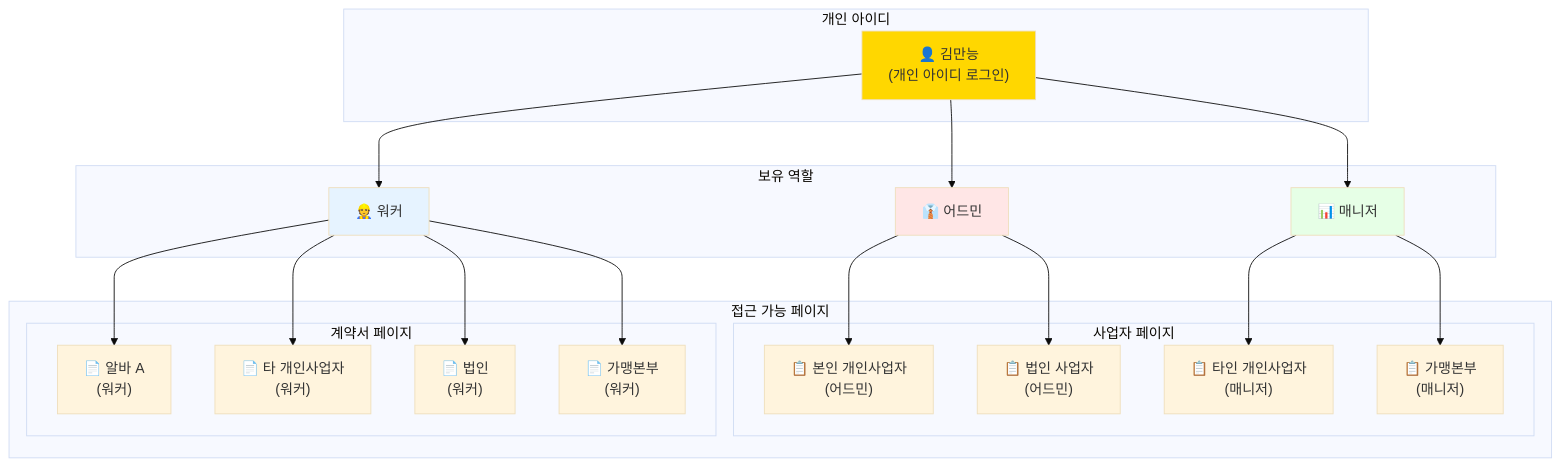
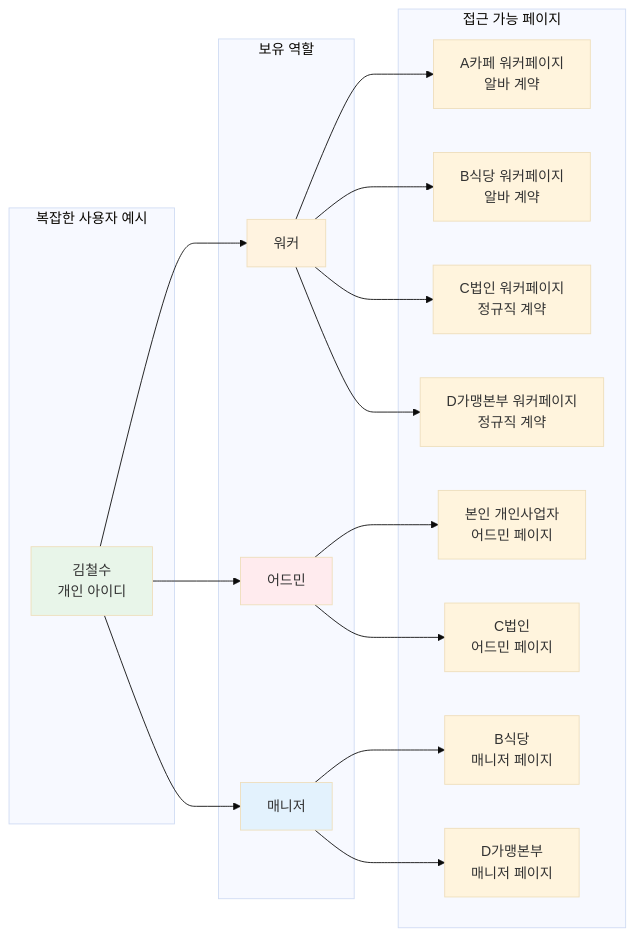
One commit to crazybass81/DOT changed the second of 3 diagrams in services/attendance/user-permission-diagram.md. Above: the diagram before and after it, drawn with Mermaid (base theme). The commit also changed other lines of this file, not shown here.

````diff
--- a/services/attendance/user-permission-diagram.md
+++ b/services/attendance/user-permission-diagram.md
@@ -74,47 +76,30 @@
 ```mermaid
-flowchart TD
-    subgraph "개인 아이디"
-        User["👤 김만능<br/>(개인 아이디 로그인)"]
+flowchart LR
+    subgraph "복잡한 사용자 예시"
+        User[김철수<br/>개인 아이디]
     end
     
     subgraph "보유 역할"
-        R1["👷 워커"]
-        R2["👔 어드민"]
-        R3["📊 매니저"]
+        User --> R1[워커]
+        User --> R2[어드민]
+        User --> R3[매니저]
     end
     
     subgraph "접근 가능 페이지"
-        subgraph "사업자 페이지"
-            BP1["📋 본인 개인사업자<br/>(어드민)"]
-            BP2["📋 타인 개인사업자<br/>(매니저)"]
-            BP3["📋 법인 사업자<br/>(어드민)"]
-            BP4["📋 가맹본부<br/>(매니저)"]
-        end
+        R1 --> W1[A카페 워커페이지<br/>알바 계약]
+        R1 --> W2[B식당 워커페이지<br/>알바 계약]
+        R1 --> W3[C법인 워커페이지<br/>정규직 계약]
+        R1 --> W4[D가맹본부 워커페이지<br/>정규직 계약]
         
-        subgraph "계약서 페이지"
-            CP1["📄 알바 A<br/>(워커)"]
-            CP2["📄 타 개인사업자<br/>(워커)"]
-            CP3["📄 법인<br/>(워커)"]
-            CP4["📄 가맹본부<br/>(워커)"]
-        end
+        R2 --> A1[본인 개인사업자<br/>어드민 페이지]
+        R2 --> A2[C법인<br/>어드민 페이지]
+        
+        R3 --> M1[B식당<br/>매니저 페이지]
+        R3 --> M2[D가맹본부<br/>매니저 페이지]
     end
     
-    User --> R1
-    User --> R2
-    User --> R3
-    
-    R2 --> BP1
-    R3 --> BP2
-    R2 --> BP3
-    R3 --> BP4
-    
-    R1 --> CP1
-    R1 --> CP2
-    R1 --> CP3
-    R1 --> CP4
-    
-    style User fill:#FFD700
-    style R1 fill:#E6F3FF
-    style R2 fill:#FFE6E6
-    style R3 fill:#E6FFE6
+    style User fill:#e8f5e9
+    style R1 fill:#fff3e0
+    style R2 fill:#ffebee
+    style R3 fill:#e3f2fd
 ```
````
